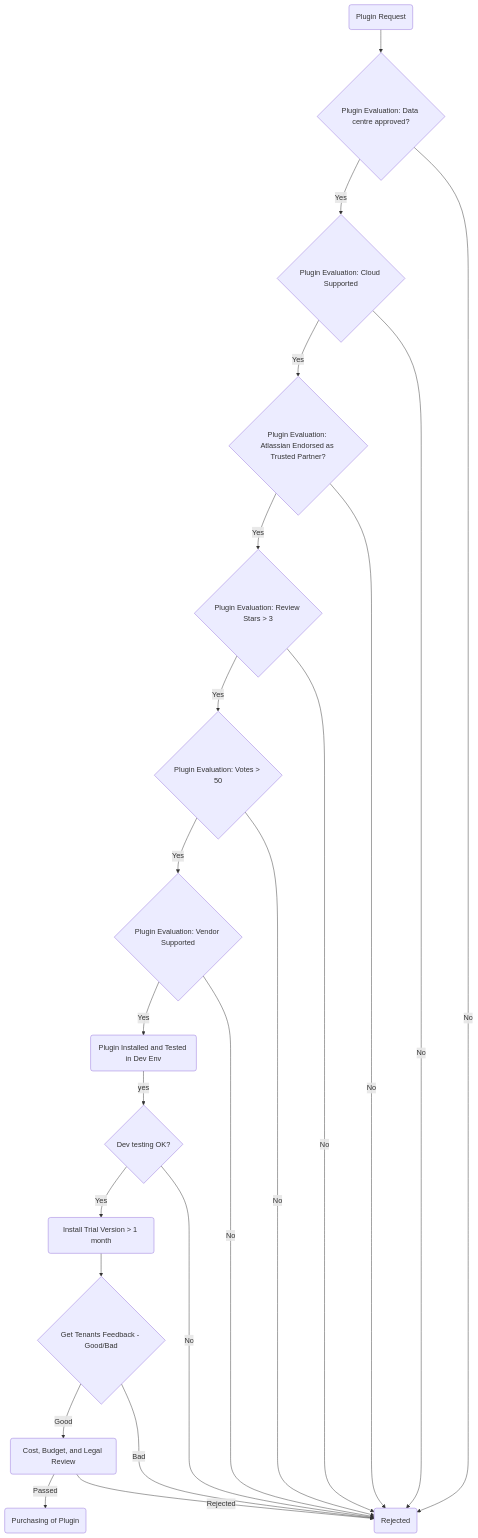
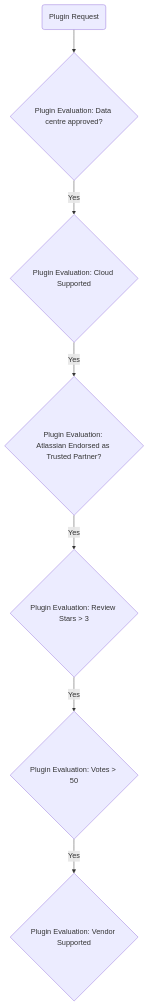
Before and after one commit to GovTechSG/ship-hats-overview: the diagram in plugin-review-process.md, drawn with Mermaid.

````diff
--- a/plugin-review-process.md
+++ b/plugin-review-process.md
@@ -19,24 +19,9 @@
 ```mermaid
 graph TD
 A(Plugin Request) --> B{Plugin Evaluation: Data centre approved?}
 B --> |Yes| C{Plugin Evaluation: Cloud Supported}
 C --> |Yes| D{Plugin Evaluation: Atlassian Endorsed as Trusted Partner?}
 D --> |Yes| E{Plugin Evaluation: Review Stars > 3}
 E --> |Yes| F{Plugin Evaluation: Votes > 50}
 F --> |Yes| G{Plugin Evaluation: Vendor Supported}
-G --> |Yes| H(Plugin Installed and Tested in Dev Env)
-H --> |yes| I{Dev testing OK?}
-I --> |Yes| J(Install Trial Version > 1 month)
-J --> K{Get Tenants Feedback - Good/Bad}
-K --> |Good| L(Cost, Budget, and Legal Review)
-L --> |Passed| M(Purchasing of Plugin)
-B --> |No| N(Rejected)
-C --> |No| N(Rejected)
-D --> |No| N(Rejected)
-E --> |No| N(Rejected)
-F --> |No| N(Rejected)
-G --> |No| N(Rejected)
-I --> |No| N(Rejected)
-K --> |Bad| N(Rejected)
-L --> |Rejected| N(Rejected)
 ```
````
